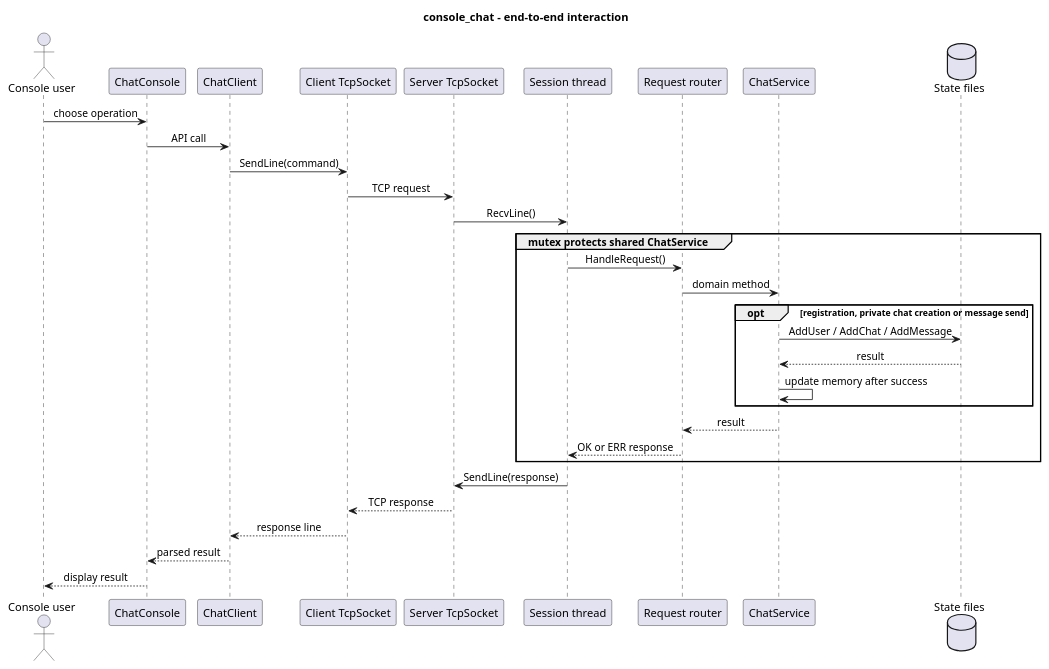
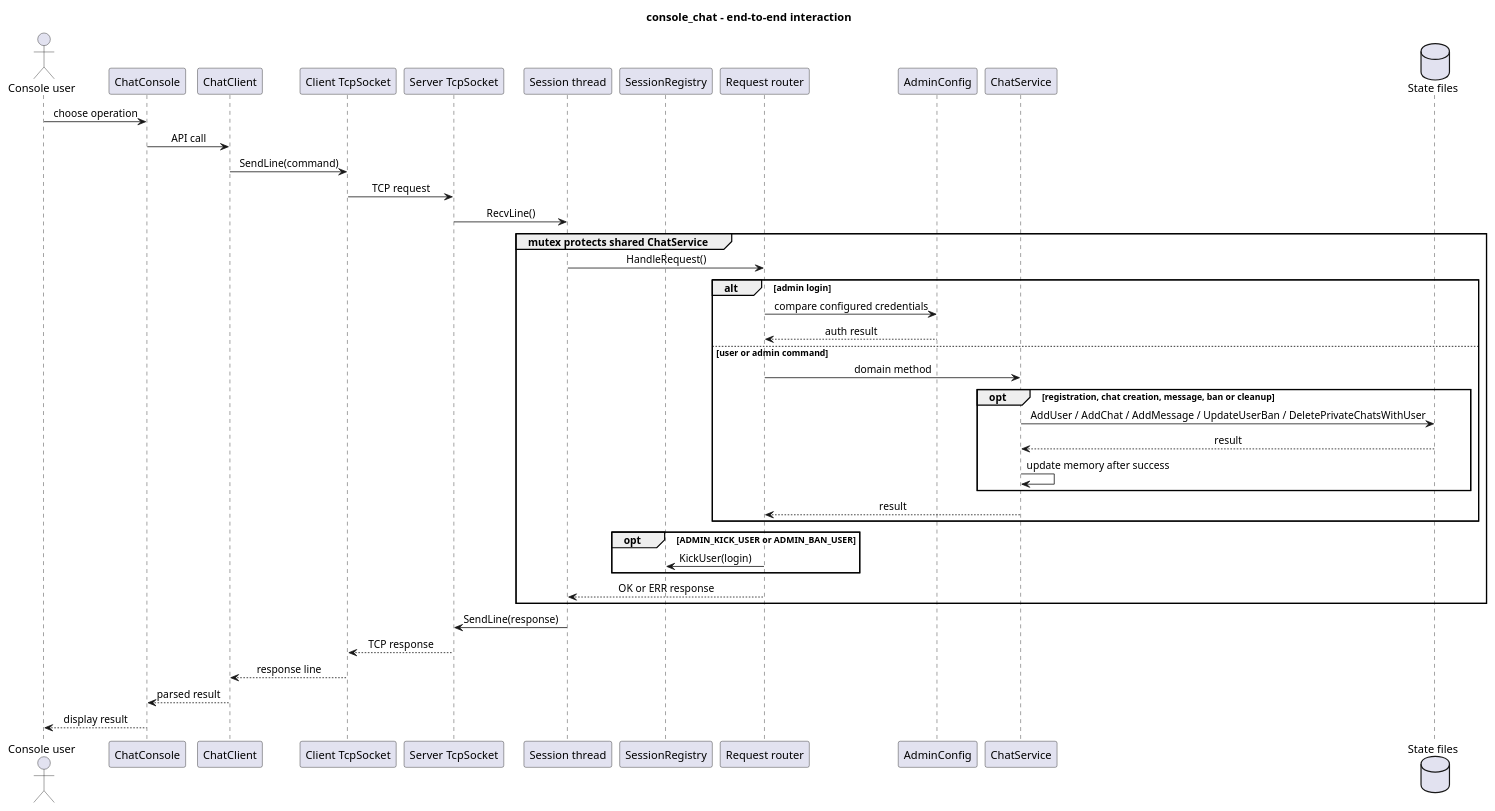
One commit to SAleksandraVGIT/console_chat changed the second of 2 diagrams in doc/components.puml. Above: the diagram before and after it, drawn with PlantUML. The commit also changed other lines of this file and 47 other files, not shown here.

Commit message:
feat(): Add admin client flows, bans, timeouts, and chat limits

```diff
--- a/doc/components.puml
+++ b/doc/components.puml
@@ -76,45 +106,56 @@
 @startuml console_chat_end_to_end
 title console_chat - end-to-end interaction
 
 skinparam shadowing false
 skinparam sequenceMessageAlign center
 skinparam wrapWidth 220
 
 actor "Console user" as User
 participant "ChatConsole" as Console
 participant "ChatClient" as Client
 participant "Client TcpSocket" as ClientSocket
 participant "Server TcpSocket" as ServerSocket
 participant "Session thread" as Session
+participant "SessionRegistry" as Registry
 participant "Request router" as Router
+participant "AdminConfig" as AdminConfig
 participant "ChatService" as Service
 database "State files" as State
 
 User -> Console : choose operation
 Console -> Client : API call
 Client -> ClientSocket : SendLine(command)
 ClientSocket -> ServerSocket : TCP request
 ServerSocket -> Session : RecvLine()
 
 group mutex protects shared ChatService
   Session -> Router : HandleRequest()
-  Router -> Service : domain method
+  alt admin login
+    Router -> AdminConfig : compare configured credentials
+    AdminConfig --> Router : auth result
+  else user or admin command
+    Router -> Service : domain method
 
-  opt registration, private chat creation or message send
-    Service -> State : AddUser / AddChat / AddMessage
-    State --> Service : result
-    Service -> Service : update memory after success
+    opt registration, chat creation, message, ban or cleanup
+      Service -> State : AddUser / AddChat / AddMessage / UpdateUserBan / DeletePrivateChatsWithUser
+      State --> Service : result
+      Service -> Service : update memory after success
+    end
+
+    Service --> Router : result
   end
 
-  Service --> Router : result
+  opt ADMIN_KICK_USER or ADMIN_BAN_USER
+    Router -> Registry : KickUser(login)
+  end
 
   Router --> Session : OK or ERR response
 end
 
 Session -> ServerSocket : SendLine(response)
 ServerSocket --> ClientSocket : TCP response
 ClientSocket --> Client : response line
 Client --> Console : parsed result
 Console --> User : display result
 
 @enduml
```
